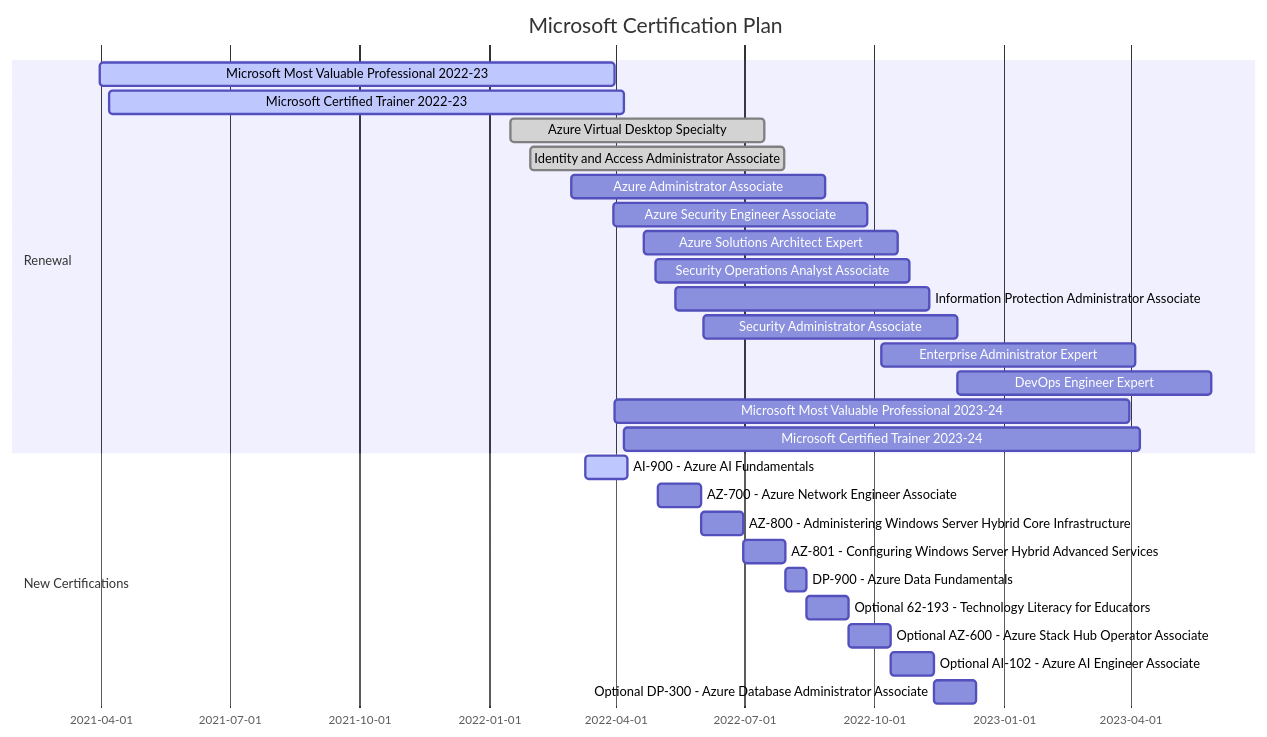
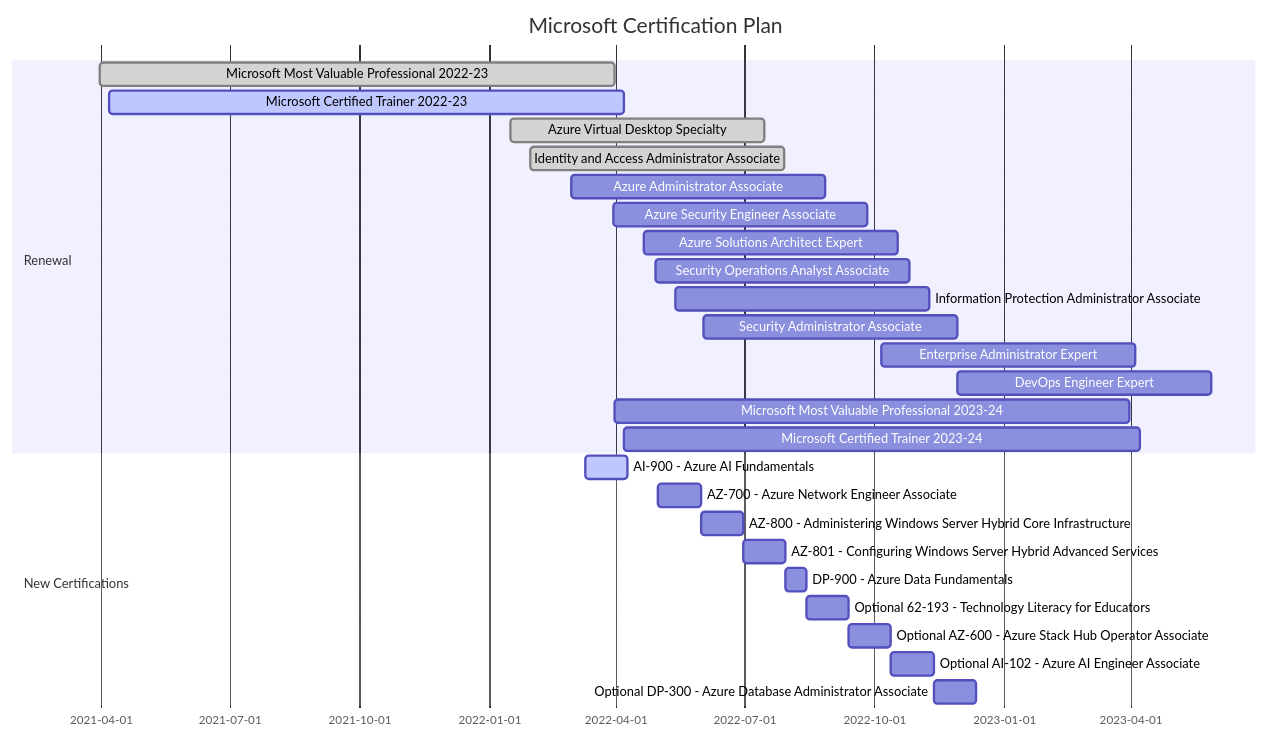
One commit to vukasinterzic/vukasinterzic changed the diagram in README.md. Above: the diagram before and after it, drawn with Mermaid.

Commit message:
mvp renewal completed

````diff
--- a/README.md
+++ b/README.md
@@ -38,31 +38,31 @@
 ```mermaid
     gantt
     title Microsoft Certification Plan
     dateFormat  YYYY-MM-DD
     section Renewal
-    Microsoft Most Valuable Professional 2022-23    :active, 2021-03-31, 365d
+    Microsoft Most Valuable Professional 2022-23    :done, 2021-03-31, 365d
     Microsoft Certified Trainer 2022-23             :active, 2021-04-07, 365d
     Azure Virtual Desktop Specialty                 :done, 2022-01-16, 180d
     Identity and Access Administrator Associate     :done, 2022-01-30, 180d
     Azure Administrator Associate                   :a2, 2022-02-28, 180d
     Azure Security Engineer Associate               :a3, 2022-03-30, 180d
     Azure Solutions Architect Expert                :a4, 2022-04-21, 180d
     Security Operations Analyst Associate           :a5, 2022-04-29, 180d
     Information Protection Administrator Associate  :a6, 2022-05-13, 180d
     Security Administrator Associate                :a7, 2022-06-02, 180d
     Enterprise Administrator Expert                 :a8, 2022-10-06, 180d
     DevOps Engineer Expert                          :a9, 2022-11-29, 180d
     Microsoft Most Valuable Professional 2023-24    :a10, 2022-03-31, 365d
     Microsoft Certified Trainer 2023-24             :a11, 2022-04-07, 365d
 
     section New Certifications
     AI-900 - Azure AI Fundamentals                                      :active, 2022-03-10, 30d
     AZ-700 - Azure Network Engineer Associate                           :a12, 2022-05-01, 30d
     AZ-800 - Administering Windows Server Hybrid Core Infrastructure    :a13, after a12, 30d
     AZ-801 - Configuring Windows Server Hybrid Advanced Services        :a14, after a13, 30d
     DP-900 - Azure Data Fundamentals                                    :a15, after a14, 15d
     Optional 62-193 - Technology Literacy for Educators                 :a16, after a15, 30d
     Optional AZ-600 - Azure Stack Hub Operator Associate                :a17, after a16, 30d
     Optional AI-102 - Azure AI Engineer Associate                       :a18, after a17, 30d
     Optional DP-300 - Azure Database Administrator Associate            :a19, after a18, 30d
 ```
````
